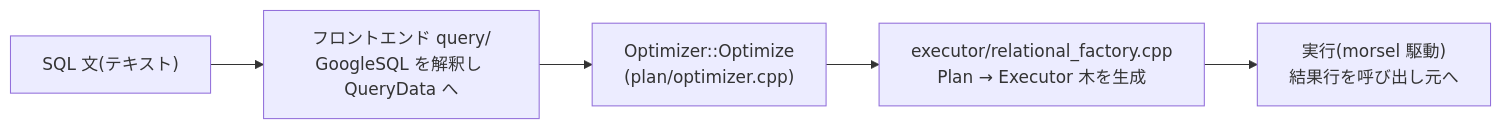
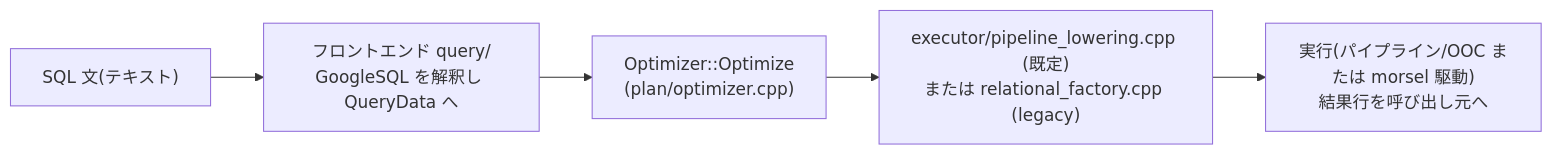
One commit to kumagi/tinylamb changed the second of 3 diagrams in docs/opt/part1-foundations/10-cascades-overview.md. Above: the diagram before and after it, drawn with Mermaid. The commit also changed 674 other files, not shown here.

````diff
--- a/docs/opt/part1-foundations/10-cascades-overview.md
+++ b/docs/opt/part1-foundations/10-cascades-overview.md
@@ -105,7 +105,7 @@
 ```mermaid
 flowchart LR
   sql["SQL 文(テキスト)"] --> fe["フロントエンド query/<br>GoogleSQL を解釈し QueryData へ"]
   fe --> opt["Optimizer::Optimize<br>(plan/optimizer.cpp)"]
-  opt --> fact["executor/relational_factory.cpp<br>Plan → Executor 木を生成"]
-  fact --> run["実行(morsel 駆動)<br>結果行を呼び出し元へ"]
+  opt --> fact["executor/pipeline_lowering.cpp (既定)<br>または relational_factory.cpp (legacy)"]
+  fact --> run["実行(パイプライン/OOC または morsel 駆動)<br>結果行を呼び出し元へ"]
 ```
````
